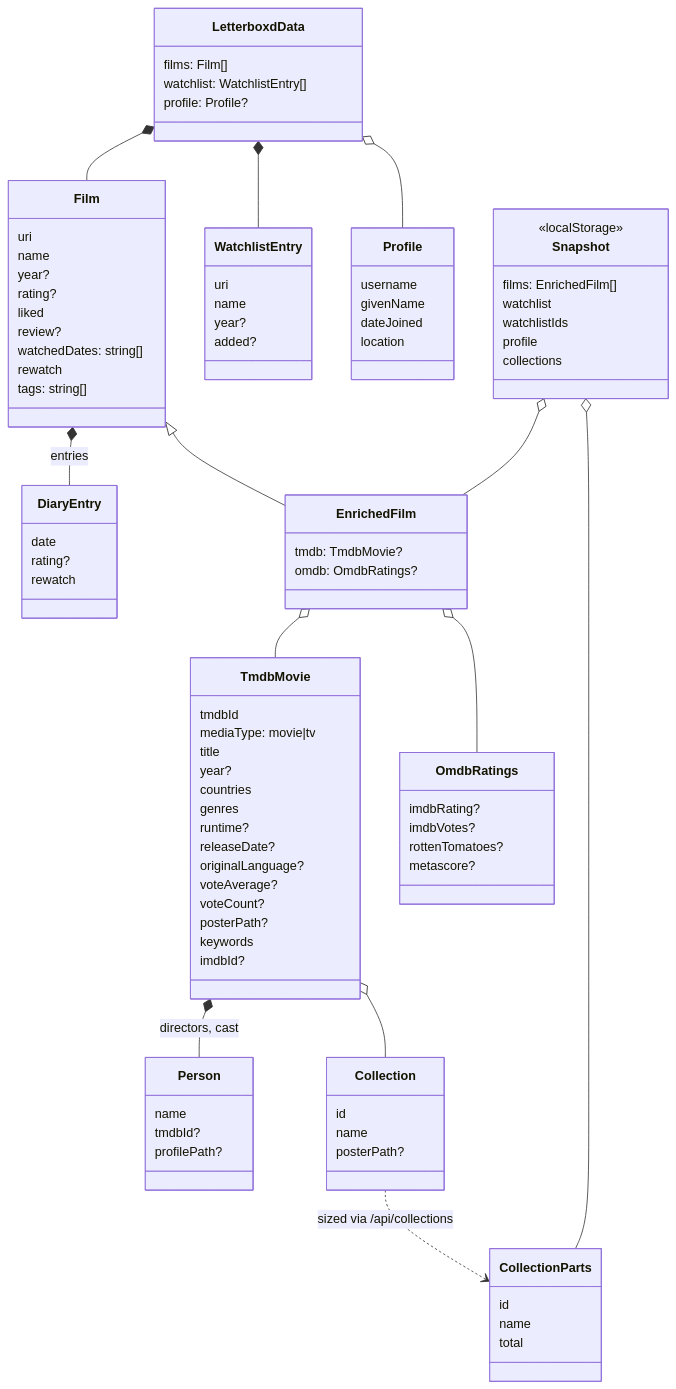
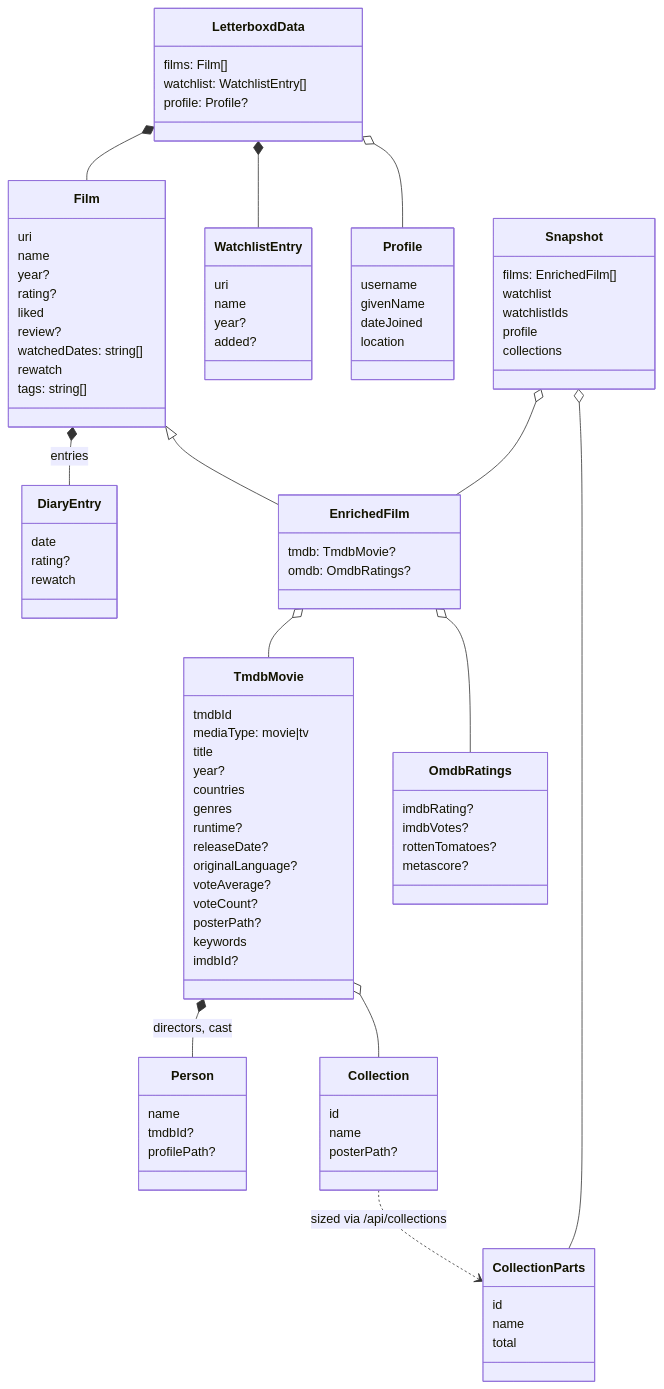
The seventh of 24 diagrams in docs/ARCHITECTURE.md (LaurinSorgend/letterboxd-vizard), drawn with Mermaid before and after one commit. The commit also changed other lines of this file, not shown here.

First line of the commit message:
Extend docs with use case specs, class, activity and sequence diagrams

```diff
--- a/docs/ARCHITECTURE.md
+++ b/docs/ARCHITECTURE.md
@@ -317,7 +308,6 @@
         omdb: OmdbRatings?
     }
     class Snapshot {
-        <<localStorage>>
         films: EnrichedFilm[]
         watchlist
         watchlistIds
```
